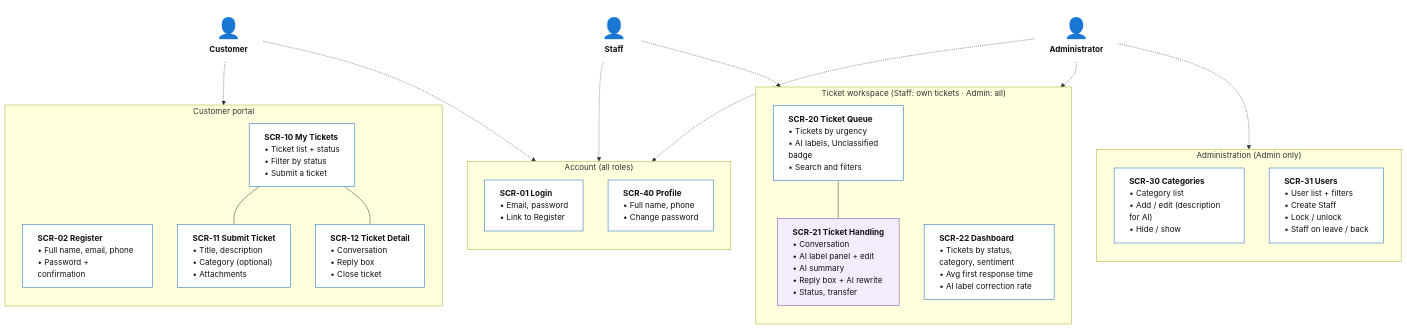
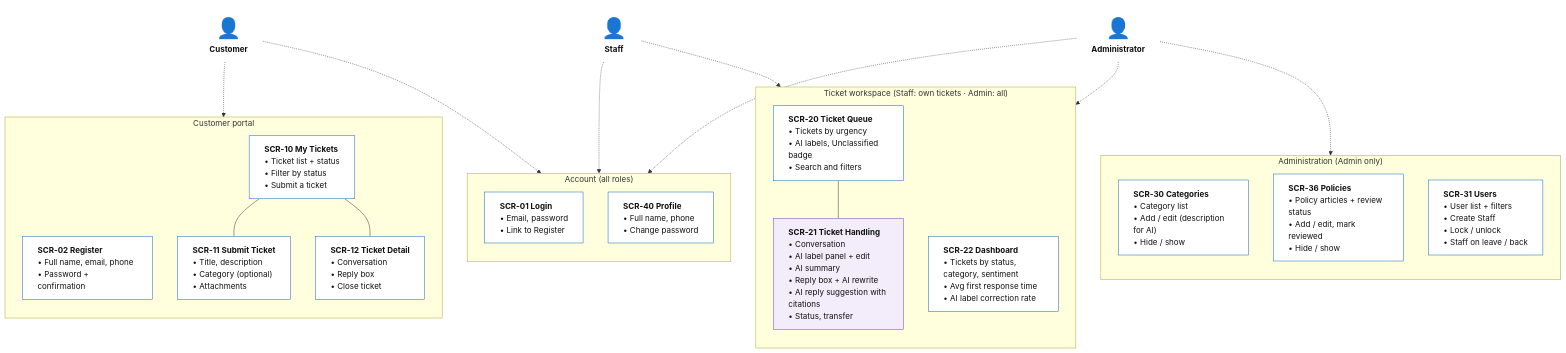
One commit to minhtuann1102/HelpdeskAI changed the diagram in docs/03-information-architecture/01-sitemap.md. Above: the diagram before and after it, drawn with Mermaid. The commit also changed other lines of this file and 5 other files, not shown here.

First line of the commit message:
docs(step-3): add the policies screen and reply suggestion to the IA

````diff
--- a/docs/03-information-architecture/01-sitemap.md
+++ b/docs/03-information-architecture/01-sitemap.md
@@ -15,51 +15,52 @@
 ```mermaid
 flowchart TB
     customer["<span style='font-size:40px'>👤</span><br/><b>Customer</b>"]
     staff["<span style='font-size:40px'>👤</span><br/><b>Staff</b>"]
     admin["<span style='font-size:40px'>👤</span><br/><b>Administrator</b>"]
 
     subgraph portal["Customer portal"]
         direction TB
         register["<b>SCR-02 Register</b><br/>• Full name, email, phone<br/>• Password + confirmation"]
         myTickets["<b>SCR-10 My Tickets</b><br/>• Ticket list + status<br/>• Filter by status<br/>• Submit a ticket"]
         submit["<b>SCR-11 Submit Ticket</b><br/>• Title, description<br/>• Category (optional)<br/>• Attachments"]
         custDetail["<b>SCR-12 Ticket Detail</b><br/>• Conversation<br/>• Reply box<br/>• Close ticket"]
         myTickets --- submit
         myTickets --- custDetail
     end
 
     subgraph account["Account (all roles)"]
         direction TB
         login["<b>SCR-01 Login</b><br/>• Email, password<br/>• Link to Register"]
         profile["<b>SCR-40 Profile</b><br/>• Full name, phone<br/>• Change password"]
     end
 
     subgraph workspace["Ticket workspace (Staff: own tickets · Admin: all)"]
         direction TB
         queue["<b>SCR-20 Ticket Queue</b><br/>• Tickets by urgency<br/>• AI labels, Unclassified badge<br/>• Search and filters"]
-        handling["<b>SCR-21 Ticket Handling</b><br/>• Conversation<br/>• AI label panel + edit<br/>• AI summary<br/>• Reply box + AI rewrite<br/>• Status, transfer"]
+        handling["<b>SCR-21 Ticket Handling</b><br/>• Conversation<br/>• AI label panel + edit<br/>• AI summary<br/>• Reply box + AI rewrite<br/>• AI reply suggestion with citations<br/>• Status, transfer"]
         dashboard["<b>SCR-22 Dashboard</b><br/>• Tickets by status, category, sentiment<br/>• Avg first response time<br/>• AI label correction rate"]
         queue --- handling
     end
 
     subgraph administration["Administration (Admin only)"]
         direction TB
         categories["<b>SCR-30 Categories</b><br/>• Category list<br/>• Add / edit (description for AI)<br/>• Hide / show"]
+        policies["<b>SCR-36 Policies</b><br/>• Policy articles + review status<br/>• Add / edit, mark reviewed<br/>• Hide / show"]
         users["<b>SCR-31 Users</b><br/>• User list + filters<br/>• Create Staff<br/>• Lock / unlock<br/>• Staff on leave / back"]
     end
 
     customer -.-> portal
     customer -.-> account
     staff -.-> account
     staff -.-> workspace
     admin -.-> account
     admin -.-> workspace
     admin -.-> administration
 
     classDef actor fill:none,stroke:none,color:#111
     classDef screen fill:#fff,color:#111,stroke:#1168bd,text-align:left
     classDef ai fill:#f3ecfb,color:#111,stroke:#7b3fbf,text-align:left
     class customer,staff,admin actor
-    class login,register,profile,myTickets,submit,custDetail,queue,dashboard,categories,users screen
+    class login,register,profile,myTickets,submit,custDetail,queue,dashboard,categories,users,policies screen
     class handling ai
 ```
````
